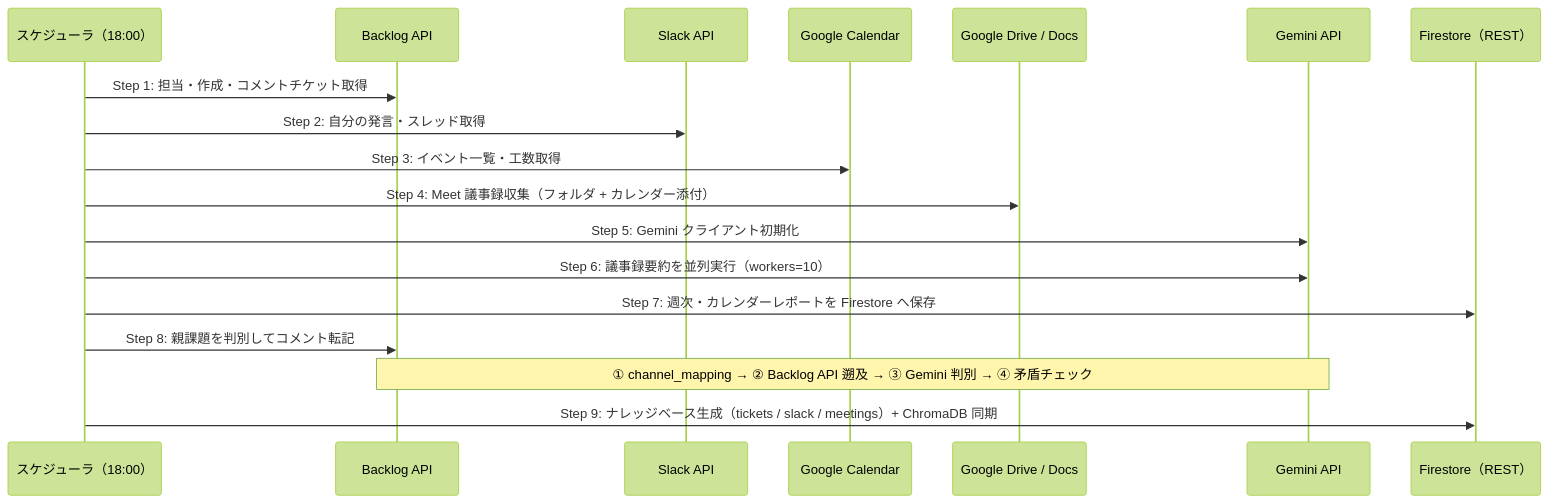
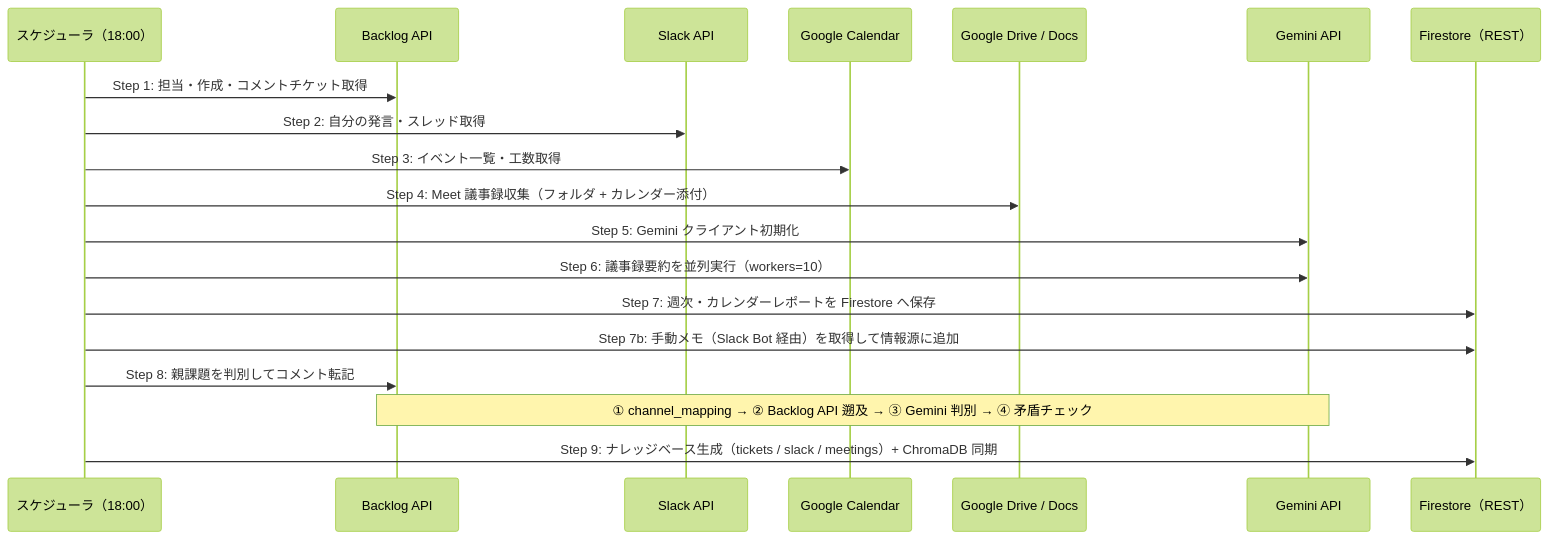
The diagram in README.md (andst-kimura/Weekly-Relay), drawn with Mermaid (forest theme) before and after one commit. The commit also changed other lines of this file, not shown here.

````diff
--- a/README.md
+++ b/README.md
@@ -51,21 +55,22 @@
 ```mermaid
 sequenceDiagram
     participant SCH as スケジューラ（18:00）
     participant BL as Backlog API
     participant SL as Slack API
     participant CAL as Google Calendar
     participant DRIVE as Google Drive / Docs
     participant GEM as Gemini API
     participant FS as Firestore（REST）
 
     SCH->>BL: Step 1: 担当・作成・コメントチケット取得
     SCH->>SL: Step 2: 自分の発言・スレッド取得
     SCH->>CAL: Step 3: イベント一覧・工数取得
     SCH->>DRIVE: Step 4: Meet 議事録収集（フォルダ + カレンダー添付）
     SCH->>GEM: Step 5: Gemini クライアント初期化
     SCH->>GEM: Step 6: 議事録要約を並列実行（workers=10）
     SCH->>FS: Step 7: 週次・カレンダーレポートを Firestore へ保存
+    SCH->>FS: Step 7b: 手動メモ（Slack Bot 経由）を取得して情報源に追加
     SCH->>BL: Step 8: 親課題を判別してコメント転記
     Note over BL,GEM: ① channel_mapping → ② Backlog API 遡及 → ③ Gemini 判別 → ④ 矛盾チェック
     SCH->>FS: Step 9: ナレッジベース生成（tickets / slack / meetings）+ ChromaDB 同期
 ```
````
